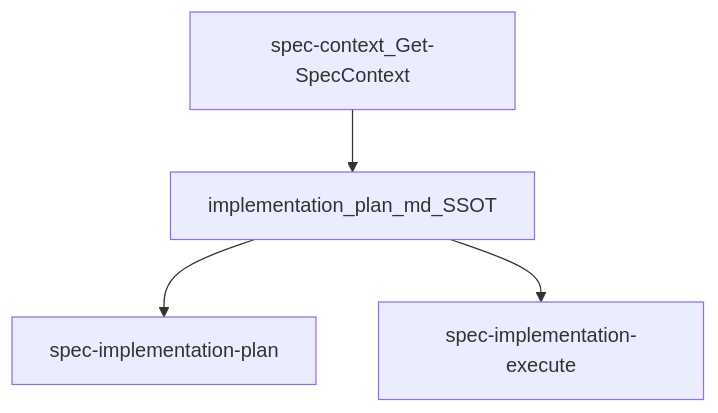
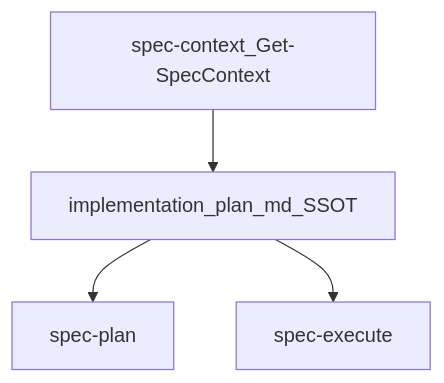
One commit to zixun-github/aisdlc changed the diagram in design/aisdlc_spec_implementation.md. Above: the diagram before and after it, drawn with Mermaid. The commit also changed other lines of this file and 11 other files, not shown here.

````diff
--- a/design/aisdlc_spec_implementation.md
+++ b/design/aisdlc_spec_implementation.md
@@ -92,6 +92,6 @@
 ```mermaid
 flowchart TD
   specContext[spec-context_Get-SpecContext] --> planDoc[implementation_plan_md_SSOT]
-  planDoc --> implPlan[spec-implementation-plan]
-  planDoc --> implExec[spec-implementation-execute]
+  planDoc --> implPlan[spec-plan]
+  planDoc --> implExec[spec-execute]
 ```
````
